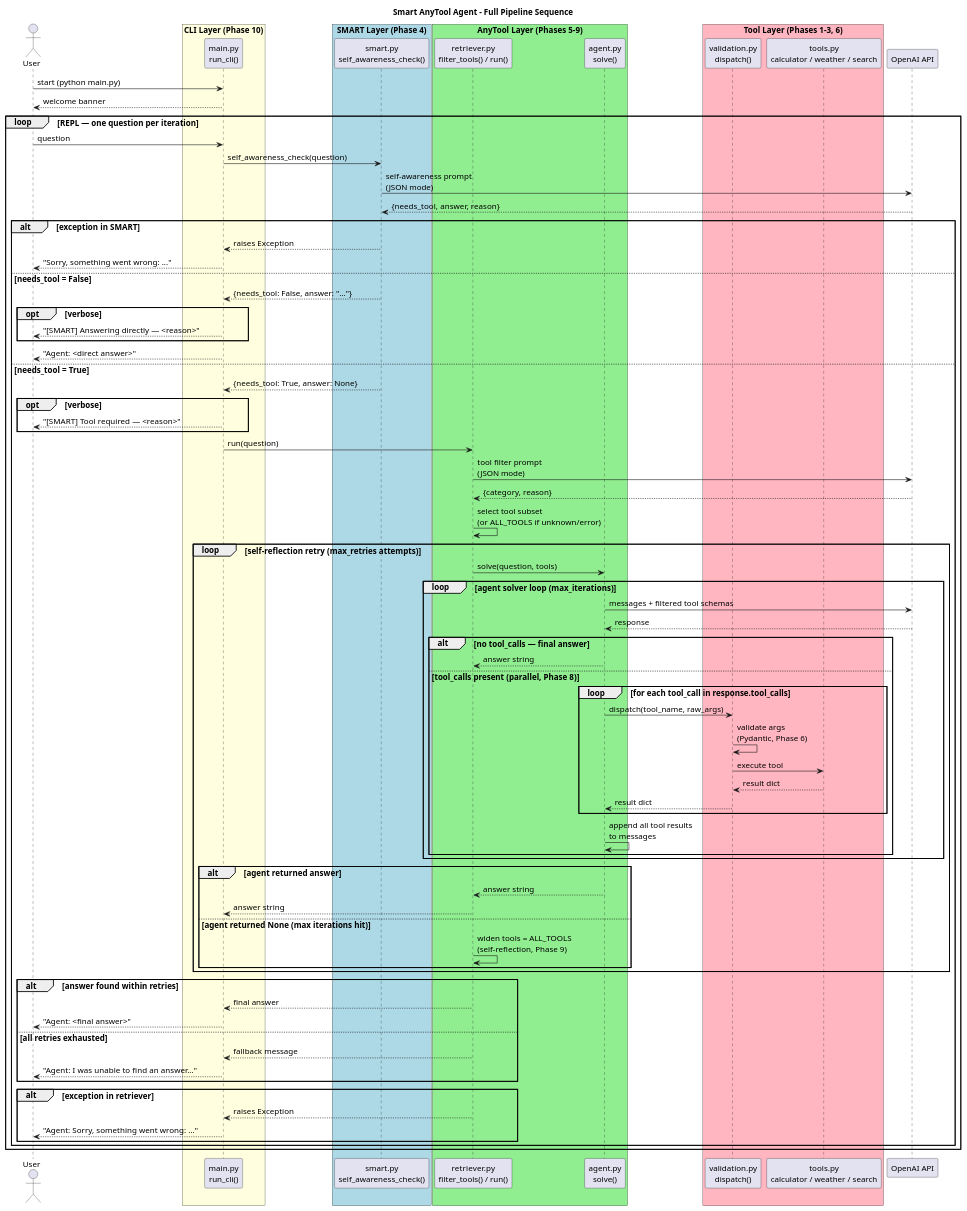
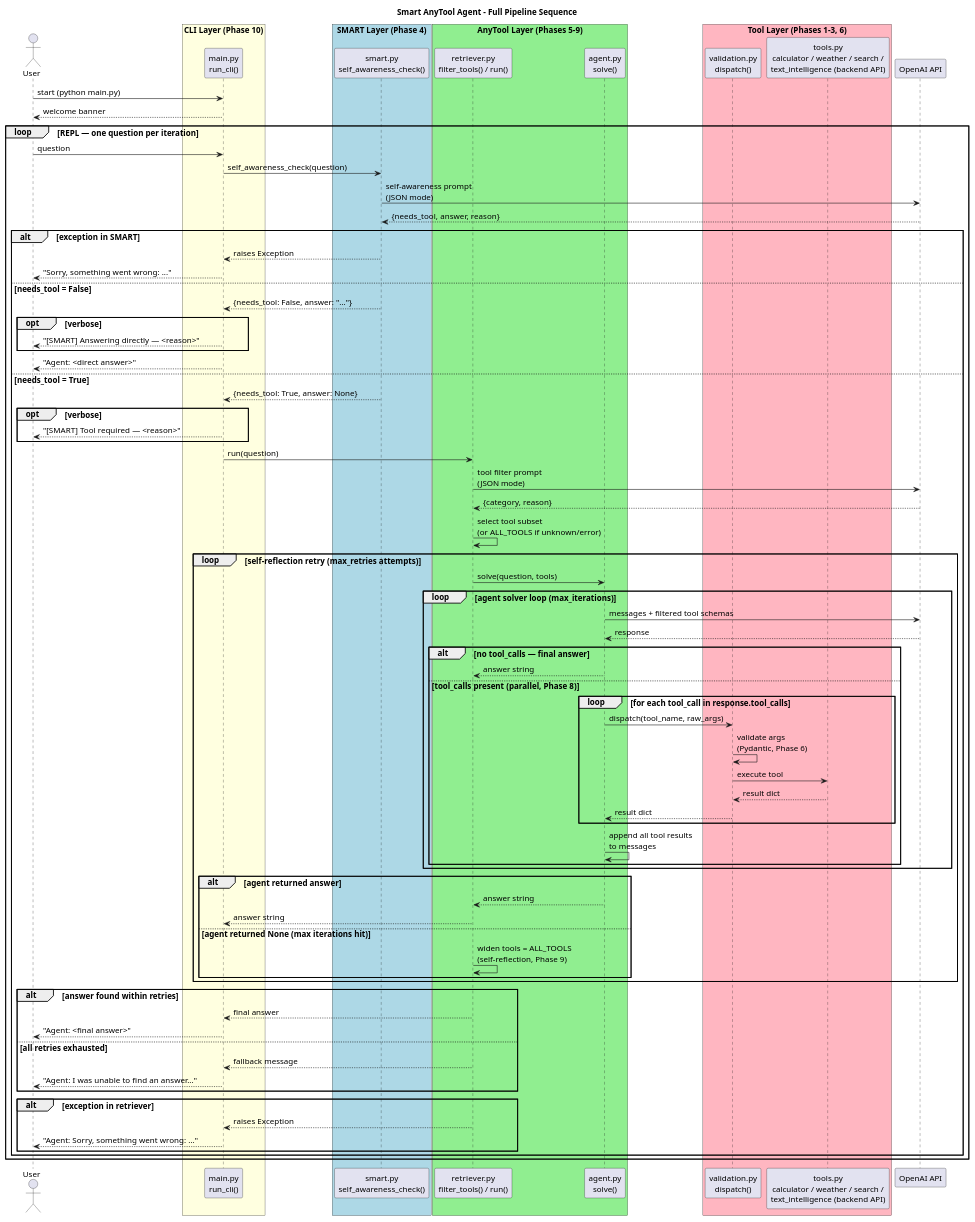
One commit to Buffden/smart-anytool-agent changed the diagram in docs/additional-notes/full-pipeline.puml. Above: the diagram before and after it, drawn with PlantUML. The commit also changed 2 other files, not shown here.

Commit message:
week 12 - reflect text_intelligence tools in README, sequence diagram, and architecture diagram

```diff
--- a/docs/additional-notes/full-pipeline.puml
+++ b/docs/additional-notes/full-pipeline.puml
@@ -1,111 +1,111 @@
 @startuml full-pipeline
 title Smart AnyTool Agent - Full Pipeline Sequence
 skinparam defaultFontSize 14
 
 actor User
 
 box "CLI Layer (Phase 10)" #LightYellow
   participant "main.py\nrun_cli()" as CLI
 end box
 
 box "SMART Layer (Phase 4)" #LightBlue
   participant "smart.py\nself_awareness_check()" as SMART
 end box
 
 box "AnyTool Layer (Phases 5-9)" #LightGreen
   participant "retriever.py\nfilter_tools() / run()" as Retriever
   participant "agent.py\nsolve()" as Agent
 end box
 
 box "Tool Layer (Phases 1-3, 6)" #LightPink
   participant "validation.py\ndispatch()" as Validation
-  participant "tools.py\ncalculator / weather / search" as Tools
+  participant "tools.py\ncalculator / weather / search /\ntext_intelligence (backend API)" as Tools
 end box
 
 participant "OpenAI API" as OpenAI
 
 User -> CLI : start (python main.py)
 CLI --> User : welcome banner
 
 loop REPL — one question per iteration
 
   User -> CLI : question
 
   CLI -> SMART : self_awareness_check(question)
   SMART -> OpenAI : self-awareness prompt\n(JSON mode)
   OpenAI --> SMART : {needs_tool, answer, reason}
 
   alt exception in SMART
     SMART --> CLI : raises Exception
     CLI --> User : "Sorry, something went wrong: ..."
 
   else needs_tool = False
     SMART --> CLI : {needs_tool: False, answer: "..."}
     opt verbose
       CLI --> User : "[SMART] Answering directly — <reason>"
     end
     CLI --> User : "Agent: <direct answer>"
 
   else needs_tool = True
     SMART --> CLI : {needs_tool: True, answer: None}
     opt verbose
       CLI --> User : "[SMART] Tool required — <reason>"
     end
 
     CLI -> Retriever : run(question)
 
     Retriever -> OpenAI : tool filter prompt\n(JSON mode)
     OpenAI --> Retriever : {category, reason}
     Retriever -> Retriever : select tool subset\n(or ALL_TOOLS if unknown/error)
 
     loop self-reflection retry (max_retries attempts)
 
       Retriever -> Agent : solve(question, tools)
 
       loop agent solver loop (max_iterations)
 
         Agent -> OpenAI : messages + filtered tool schemas
         OpenAI --> Agent : response
 
         alt no tool_calls — final answer
           Agent --> Retriever : answer string
         else tool_calls present (parallel, Phase 8)
           loop for each tool_call in response.tool_calls
             Agent -> Validation : dispatch(tool_name, raw_args)
             Validation -> Validation : validate args\n(Pydantic, Phase 6)
             Validation -> Tools : execute tool
             Tools --> Validation : result dict
             Validation --> Agent : result dict
           end
           Agent -> Agent : append all tool results\nto messages
         end
 
       end
 
       alt agent returned answer
         Agent --> Retriever : answer string
         Retriever --> CLI : answer string
       else agent returned None (max iterations hit)
         Retriever -> Retriever : widen tools = ALL_TOOLS\n(self-reflection, Phase 9)
       end
 
     end
 
     alt answer found within retries
       Retriever --> CLI : final answer
       CLI --> User : "Agent: <final answer>"
     else all retries exhausted
       Retriever --> CLI : fallback message
       CLI --> User : "Agent: I was unable to find an answer..."
     end
 
     alt exception in retriever
       Retriever --> CLI : raises Exception
       CLI --> User : "Agent: Sorry, something went wrong: ..."
     end
 
   end
 
 end
 
 @enduml
```
